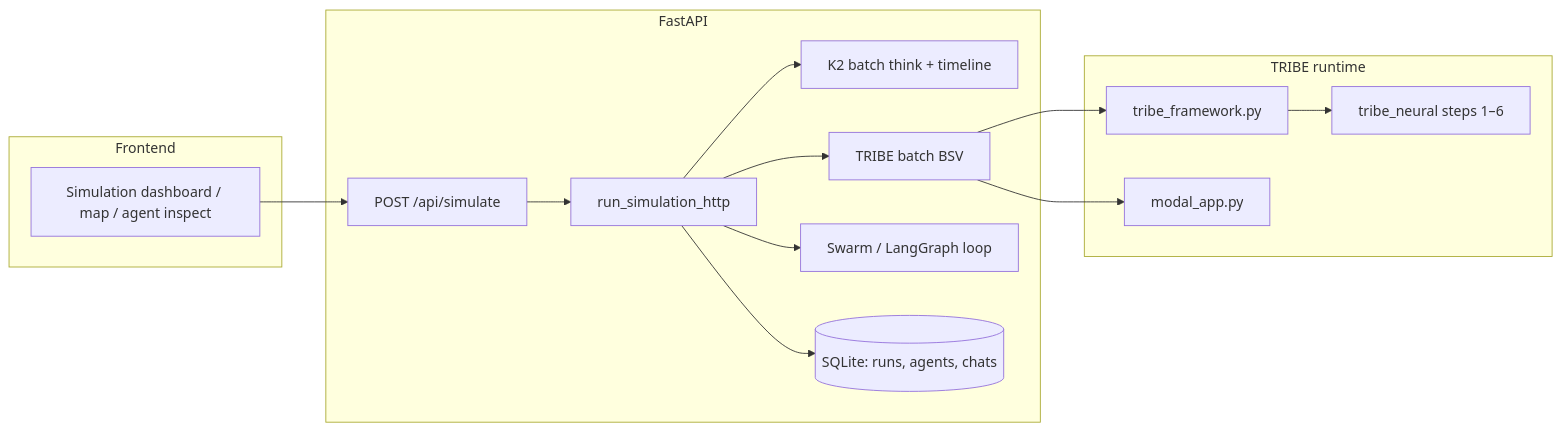
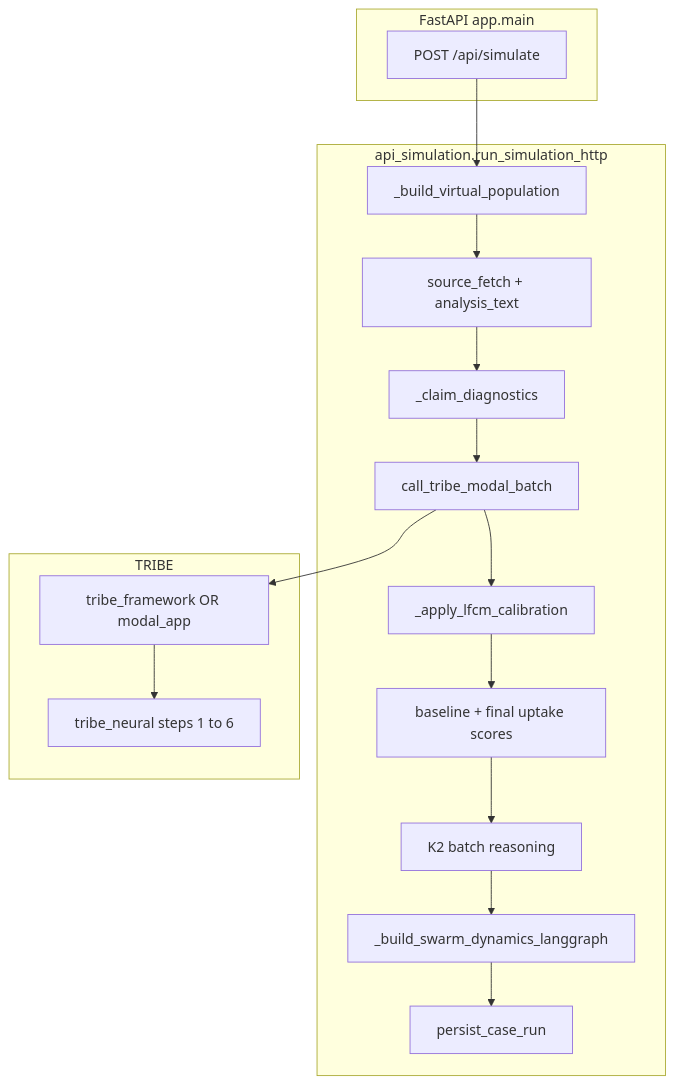
One commit to cybaxx/Cortexia changed the diagram in README.md. Above: the diagram before and after it, drawn with Mermaid. The commit also changed other lines of this file and 9 other files, not shown here.

````diff
--- a/README.md
+++ b/README.md
@@ -23,28 +99,24 @@
 ```mermaid
-flowchart LR
-  subgraph client [Frontend]
-    UI[Simulation dashboard / map / agent inspect]
+flowchart TB
+  subgraph http [FastAPI app.main]
+    SIM[POST /api/simulate]
   end
-  subgraph api [FastAPI]
-    SIM["POST /api/simulate"]
-    ORCH[run_simulation_http]
-    K2[K2 batch think + timeline]
-    TRIBE[TRIBE batch BSV]
-    SWARM[Swarm / LangGraph loop]
-    DB[(SQLite: runs, agents, chats)]
+  subgraph orch [api_simulation.run_simulation_http]
+    POP[_build_virtual_population]
+    SRC[source_fetch + analysis_text]
+    CLM[_claim_diagnostics]
+    TRB[call_tribe_modal_batch]
+    CAL[_apply_lfcm_calibration]
+    SCR[baseline + final uptake scores]
+    K2[K2 batch reasoning]
+    SWR[_build_swarm_dynamics_langgraph]
+    PST[persist_case_run]
   end
-  subgraph tribe_engine [TRIBE runtime]
-    FW[tribe_framework.py]
-    MN[tribe_neural steps 1–6]
-    MOD[modal_app.py]
+  subgraph tribe [TRIBE]
+    FW[tribe_framework OR modal_app]
+    TN[tribe_neural steps 1 to 6]
   end
-  UI --> SIM
-  SIM --> ORCH
-  ORCH --> TRIBE
-  ORCH --> K2
-  ORCH --> SWARM
-  TRIBE --> FW
-  TRIBE --> MOD
-  FW --> MN
-  ORCH --> DB
+  SIM --> POP --> SRC --> CLM
+  CLM --> TRB --> CAL --> SCR --> K2 --> SWR --> PST
+  TRB --> FW --> TN
 ```
````
